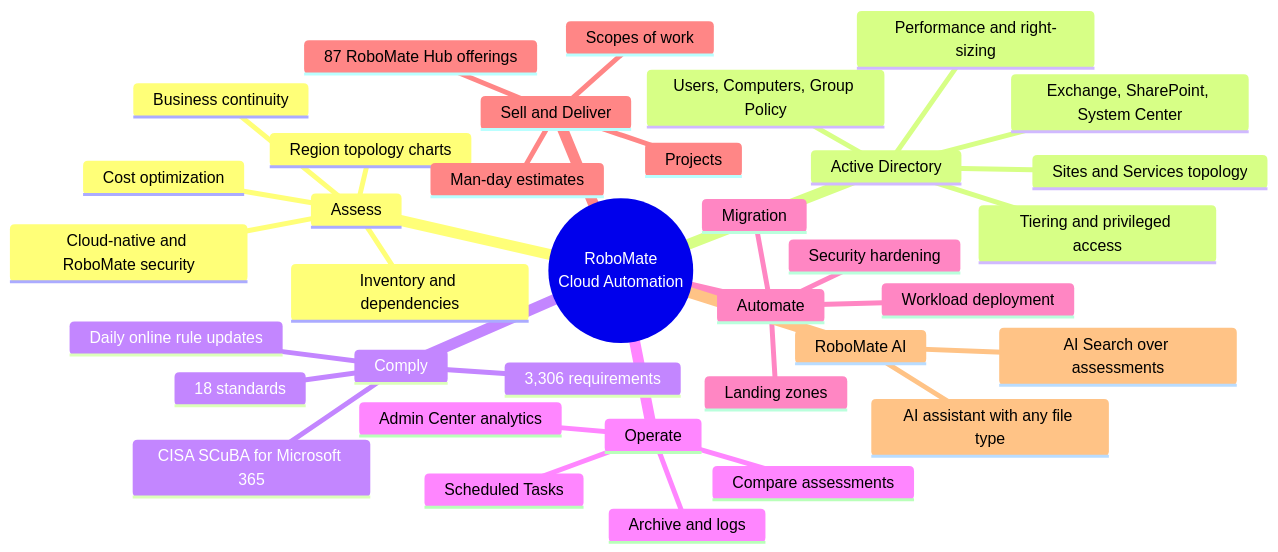
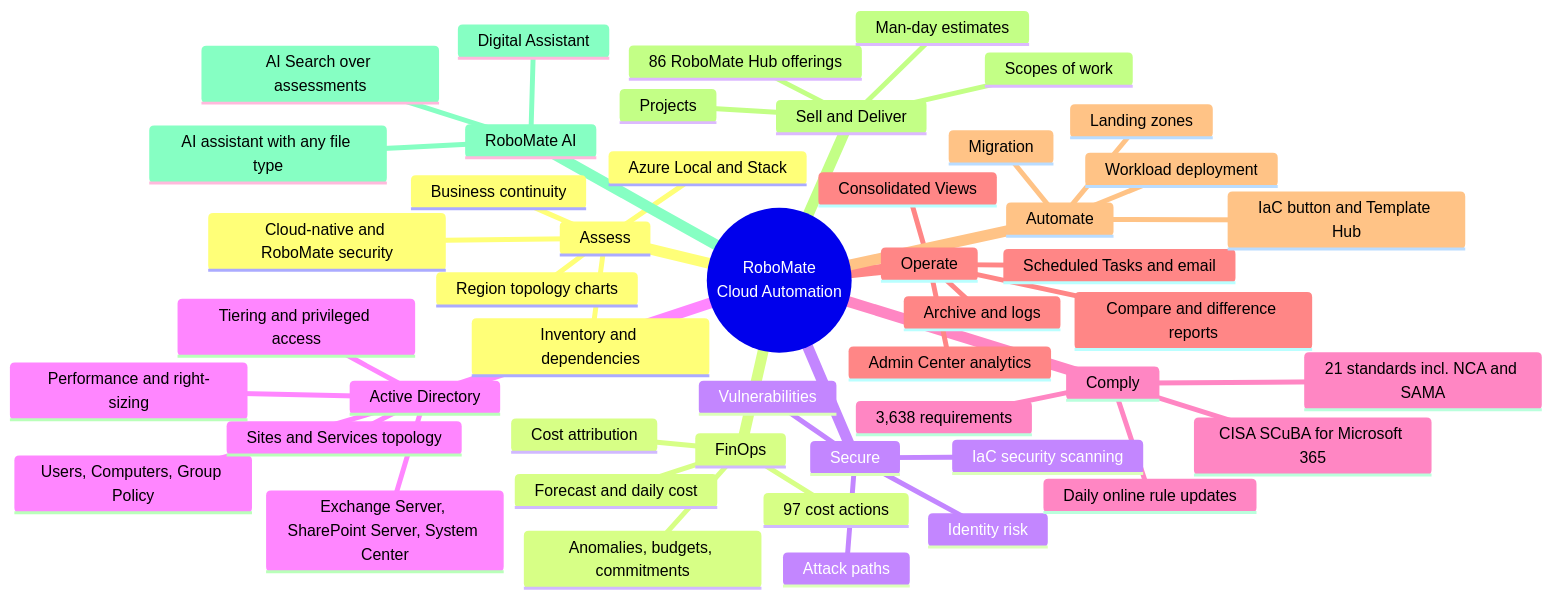
The first of 13 diagrams in README.md (MarcoFekry/RoboMate-CloudAutomation), drawn with Mermaid before and after one commit. The commit also changed other lines of this file, not shown here.

````diff
--- a/README.md
+++ b/README.md
@@ -89,39 +76,51 @@
 ```mermaid
 mindmap
   root((RoboMate<br/>Cloud Automation))
     Assess
       Inventory and dependencies
-      Cost optimization
       Business continuity
       Cloud-native and RoboMate security
       Region topology charts
+      Azure Local and Stack
+    FinOps
+      Forecast and daily cost
+      Cost attribution
+      97 cost actions
+      Anomalies, budgets, commitments
+    Secure
+      IaC security scanning
+      Attack paths
+      Vulnerabilities
+      Identity risk
     Active Directory
       Users, Computers, Group Policy
       Tiering and privileged access
       Sites and Services topology
-      Exchange, SharePoint, System Center
+      Exchange Server, SharePoint Server, System Center
       Performance and right-sizing
     Comply
-      18 standards
-      3,306 requirements
+      21 standards incl. NCA and SAMA
+      3,638 requirements
       CISA SCuBA for Microsoft 365
       Daily online rule updates
     Operate
-      Scheduled Tasks
-      Compare assessments
+      Consolidated Views
+      Scheduled Tasks and email
+      Compare and difference reports
       Archive and logs
       Admin Center analytics
     Automate
       Landing zones
       Workload deployment
       Migration
-      Security hardening
+      IaC button and Template Hub
     Sell and Deliver
-      87 RoboMate Hub offerings
+      86 RoboMate Hub offerings
       Scopes of work
       Man-day estimates
       Projects
     RoboMate AI
       AI Search over assessments
       AI assistant with any file type
+      Digital Assistant
 ```
````
